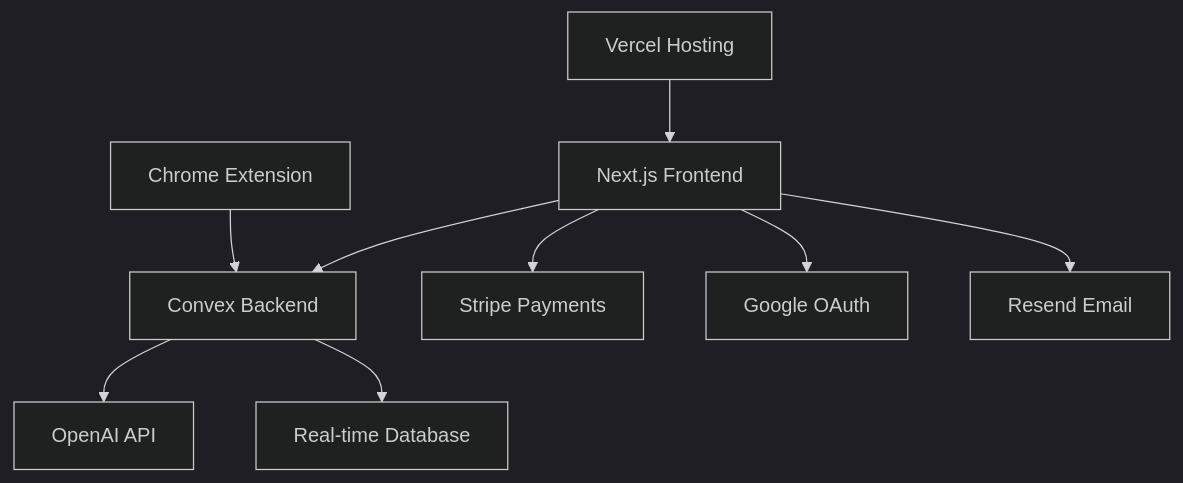
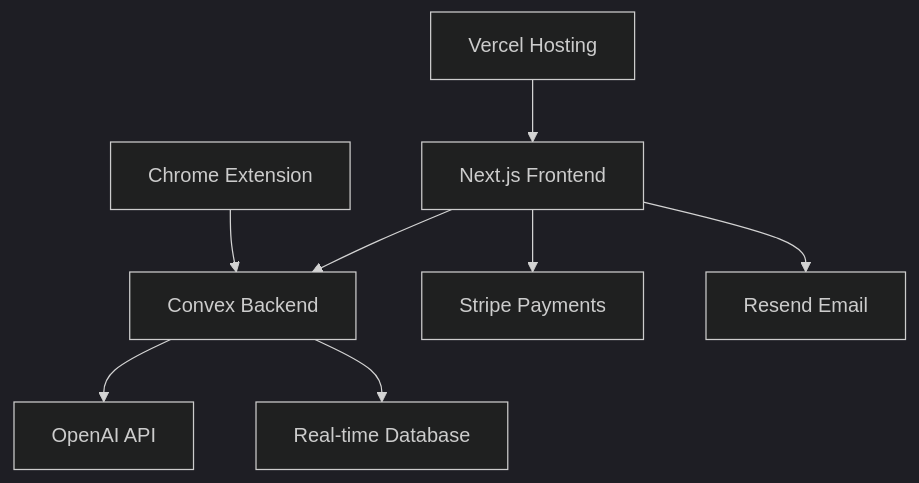
Before and after one commit to jessewalberg/applying-myself-monorepo: the diagram in README.md, drawn with Mermaid (dark theme). The commit also changed other lines of this file and 4 other files, not shown here.

````diff
--- a/README.md
+++ b/README.md
@@ -195,11 +194,10 @@
 ```mermaid
 graph TB
     A[Next.js Frontend] --> B[Convex Backend]
     A --> C[Stripe Payments]
-    A --> D[Google OAuth]
     A --> E[Resend Email]
     B --> F[OpenAI API]
     B --> G[Real-time Database]
     H[Chrome Extension] --> B
     I[Vercel Hosting] --> A
 ```
````
